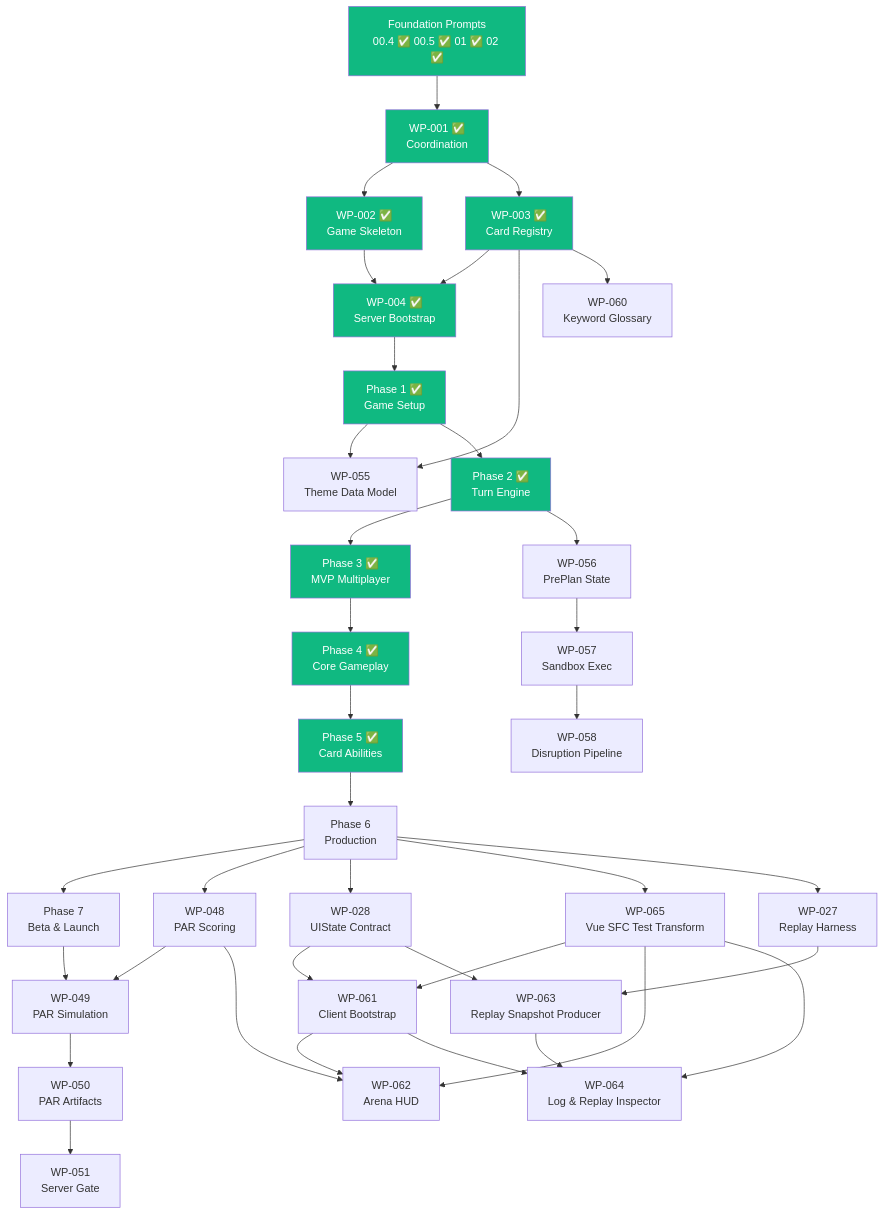
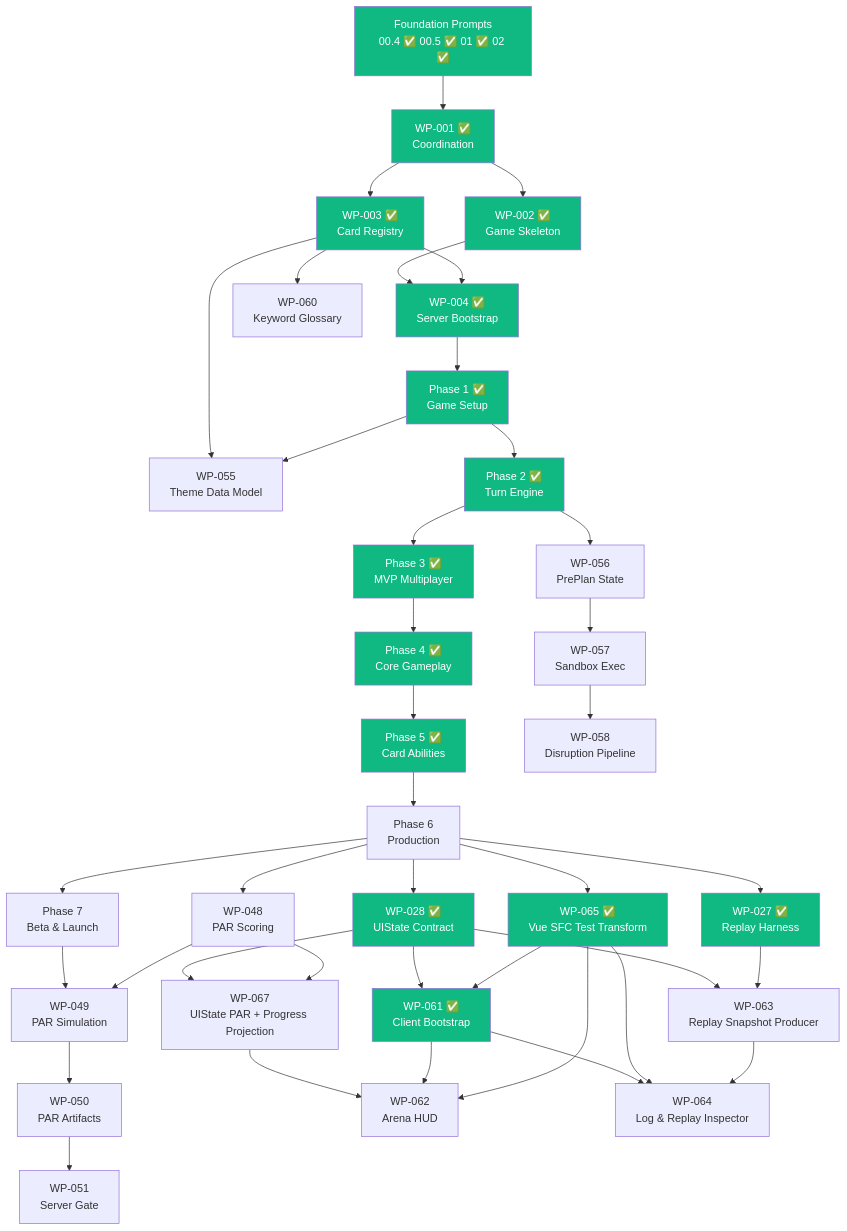
Before and after one commit to barefootbetters/legendary-arena: the diagram in docs/05-ROADMAP.md, drawn with Mermaid. The commit also changed other lines of this file and 17 other files, not shown here.

````diff
--- a/docs/05-ROADMAP.md
+++ b/docs/05-ROADMAP.md
@@ -244,49 +273,55 @@
 ```mermaid
 flowchart TD
     FP["Foundation Prompts\n00.4 ✅ 00.5 ✅ 01 ✅ 02 ✅"] --> WP001["WP-001 ✅\nCoordination"]
     WP001 --> WP002["WP-002 ✅\nGame Skeleton"]
     WP001 --> WP003["WP-003 ✅\nCard Registry"]
     WP002 --> WP004["WP-004 ✅\nServer Bootstrap"]
     WP003 --> WP004
     WP003 --> WP055["WP-055\nTheme Data Model"]
     WP003 --> WP060["WP-060\nKeyword Glossary"]
     WP004 --> Phase1["Phase 1 ✅\nGame Setup"]
     Phase1 --> WP055
     Phase1 --> Phase2["Phase 2 ✅\nTurn Engine"]
     Phase2 --> Phase3["Phase 3 ✅\nMVP Multiplayer"]
     Phase3 --> Phase4["Phase 4 ✅\nCore Gameplay"]
     Phase4 --> Phase5["Phase 5 ✅\nCard Abilities"]
     Phase5 --> Phase6["Phase 6\nProduction"]
     Phase6 --> Phase7["Phase 7\nBeta & Launch"]
     Phase6 --> WP048["WP-048\nPAR Scoring"]
     Phase7 --> WP049["WP-049\nPAR Simulation"]
     WP048 --> WP049
     WP049 --> WP050["WP-050\nPAR Artifacts"]
     WP050 --> WP051["WP-051\nServer Gate"]
     Phase2 --> WP056["WP-056\nPrePlan State"]
     WP056 --> WP057["WP-057\nSandbox Exec"]
     WP057 --> WP058["WP-058\nDisruption Pipeline"]
-    Phase6 --> WP028["WP-028\nUIState Contract"]
-    Phase6 --> WP065["WP-065\nVue SFC Test Transform"]
-    WP028 --> WP061["WP-061\nClient Bootstrap"]
+    Phase6 --> WP028["WP-028 ✅\nUIState Contract"]
+    Phase6 --> WP065["WP-065 ✅\nVue SFC Test Transform"]
+    WP028 --> WP061["WP-061 ✅\nClient Bootstrap"]
     WP065 --> WP061
-    WP061 --> WP062["WP-062\nArena HUD"]
+    WP028 --> WP067["WP-067\nUIState PAR + Progress Projection"]
+    WP048 --> WP067
+    WP067 --> WP062["WP-062\nArena HUD"]
+    WP061 --> WP062
     WP065 --> WP062
-    WP048 --> WP062
     WP061 --> WP064["WP-064\nLog & Replay Inspector"]
     WP065 --> WP064
     WP028 --> WP063["WP-063\nReplay Snapshot Producer"]
-    Phase6 --> WP027["WP-027\nReplay Harness"]
+    Phase6 --> WP027["WP-027 ✅\nReplay Harness"]
     WP027 --> WP063
     WP063 --> WP064
     style FP fill:#10b981,color:#fff
     style WP001 fill:#10b981,color:#fff
     style WP002 fill:#10b981,color:#fff
     style WP003 fill:#10b981,color:#fff
     style WP004 fill:#10b981,color:#fff
     style Phase1 fill:#10b981,color:#fff
     style Phase2 fill:#10b981,color:#fff
     style Phase3 fill:#10b981,color:#fff
     style Phase4 fill:#10b981,color:#fff
     style Phase5 fill:#10b981,color:#fff
+    style WP027 fill:#10b981,color:#fff
+    style WP028 fill:#10b981,color:#fff
+    style WP065 fill:#10b981,color:#fff
+    style WP061 fill:#10b981,color:#fff
 ```
````
